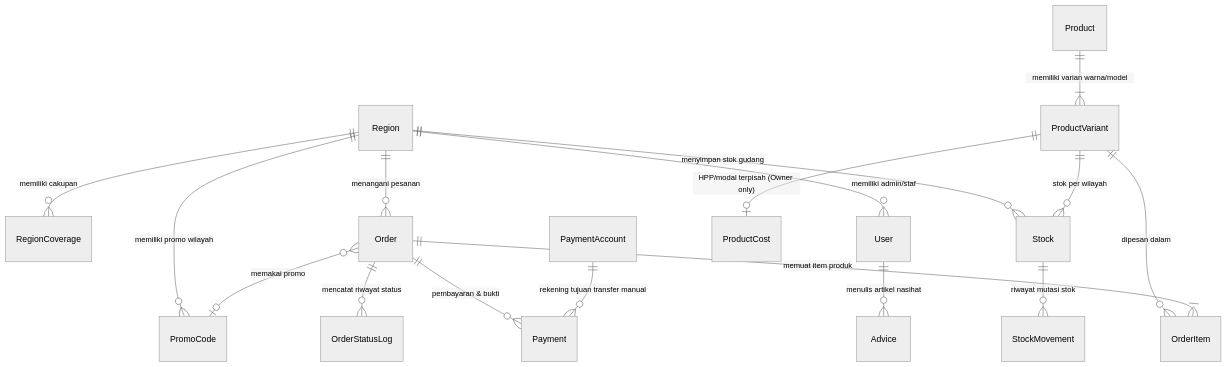
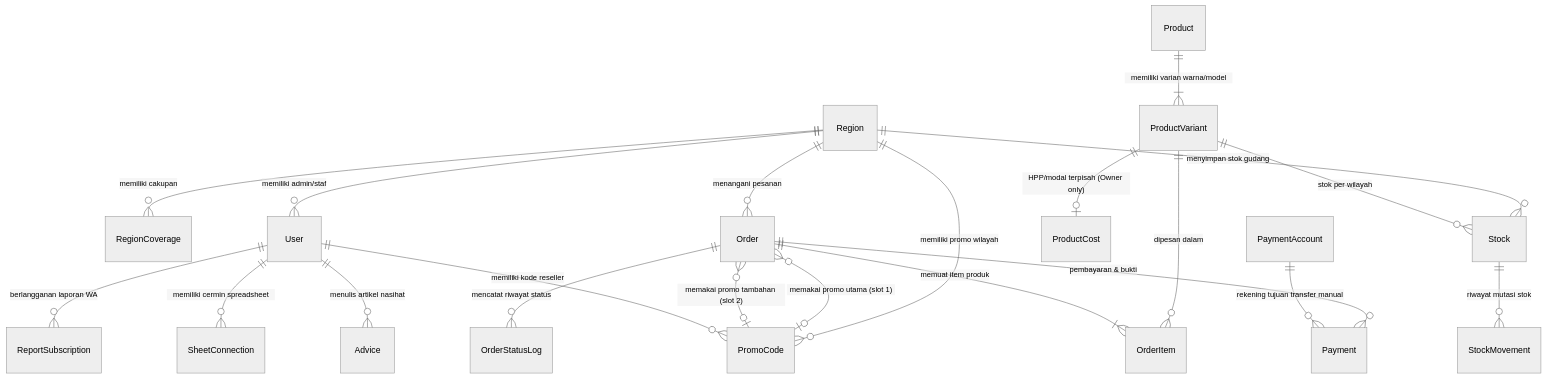
Before and after one commit to Zackunnnn/luvira_web: the diagram in docs/DB_SCHEMA.md, drawn with Mermaid (neutral theme). The commit also changed other lines of this file and 9 other files, not shown here.

````diff
--- a/docs/DB_SCHEMA.md
+++ b/docs/DB_SCHEMA.md
@@ -9,24 +9,27 @@
 ```mermaid
 erDiagram
     Region ||--o{ RegionCoverage : "memiliki cakupan"
     Region ||--o{ User : "memiliki admin/staf"
     Region ||--o{ Stock : "menyimpan stok gudang"
     Region ||--o{ Order : "menangani pesanan"
     Region ||--o{ PromoCode : "memiliki promo wilayah"
 
     Product ||--|{ ProductVariant : "memiliki varian warna/model"
     ProductVariant ||--o| ProductCost : "HPP/modal terpisah (Owner only)"
     ProductVariant ||--o{ Stock : "stok per wilayah"
     ProductVariant ||--o{ OrderItem : "dipesan dalam"
 
     Stock ||--o{ StockMovement : "riwayat mutasi stok"
 
     Order ||--|{ OrderItem : "memuat item produk"
     Order ||--o{ OrderStatusLog : "mencatat riwayat status"
     Order ||--o{ Payment : "pembayaran & bukti"
-    Order }o--o| PromoCode : "memakai promo"
+    Order }o--o| PromoCode : "memakai promo utama (slot 1)"
+    Order }o--o| PromoCode : "memakai promo tambahan (slot 2)"
+    User ||--o{ PromoCode : "memiliki kode reseller"
+    User ||--o{ ReportSubscription : "berlangganan laporan WA"
+    User ||--o{ SheetConnection : "memiliki cermin spreadsheet"
 
     PaymentAccount ||--o{ Payment : "rekening tujuan transfer manual"
-
     User ||--o{ Advice : "menulis artikel nasihat"
 ```
````
